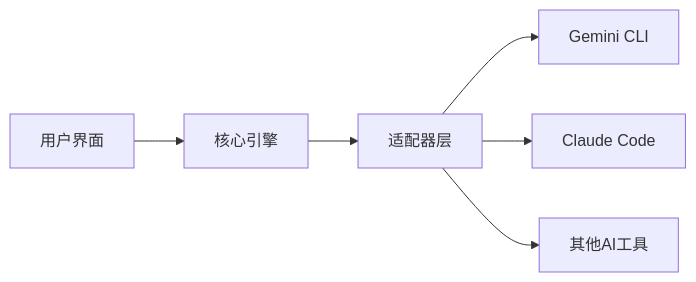
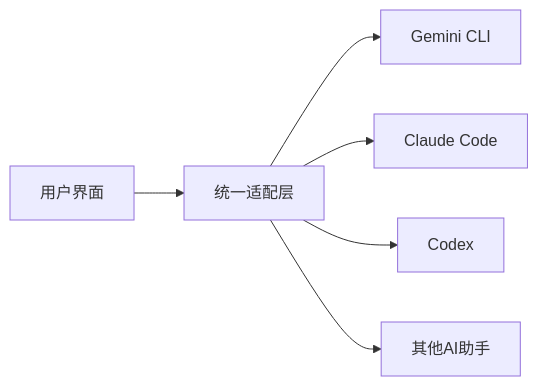
One commit to wayyoungboy/github-trending-reporter changed the first of 6 diagrams in reports/2026/01/2026-01-20.md. Above: the diagram before and after it, drawn with Mermaid. The commit also changed other lines of this file and 1 other file, not shown here.

````diff
--- a/reports/2026/01/2026-01-20.md
+++ b/reports/2026/01/2026-01-20.md
@@ -56,8 +56,8 @@
 ```mermaid
 graph LR
-    A[用户界面] --> B[核心引擎]
-    B --> C[适配器层]
-    C --> D[Gemini CLI]
-    C --> E[Claude Code]
-    C --> F[其他AI工具]
+    A[用户界面] --> B[统一适配层]
+    B --> C[Gemini CLI]
+    B --> D[Claude Code]
+    B --> E[Codex]
+    B --> F[其他AI助手]
 ```
````
